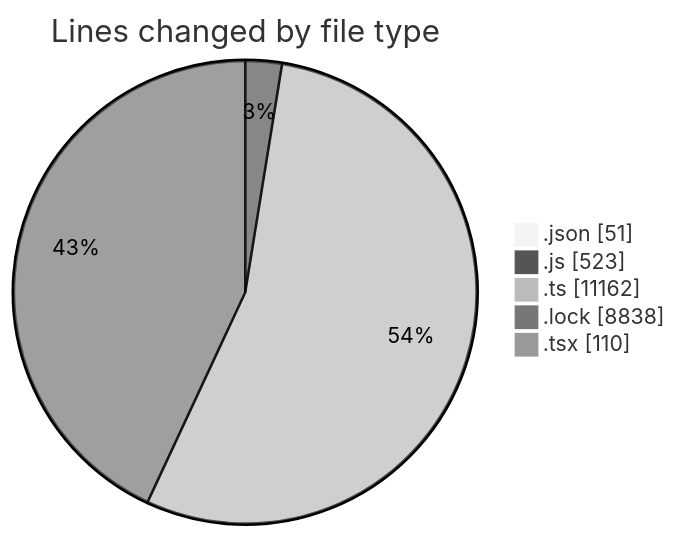
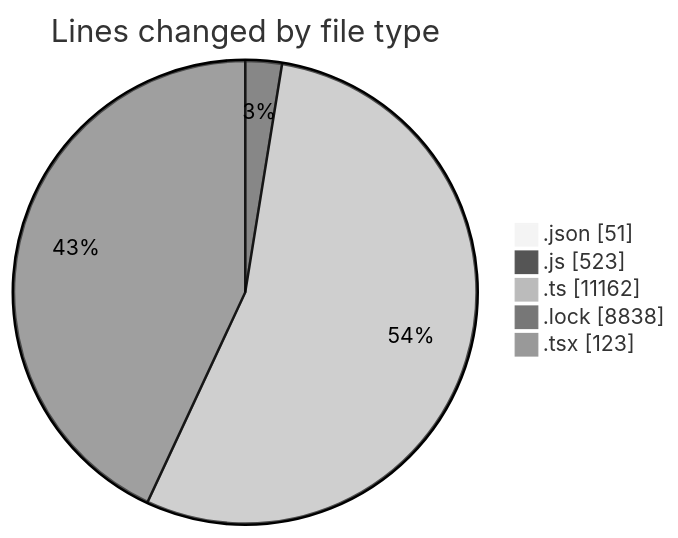
Before and after one commit to momahboobian/code-tracking: the first of 2 diagrams in 2025-10-08/cda/README.md, drawn with Mermaid (neutral theme). The commit also changed other lines of this file and 1 other file, not shown here.

````diff
--- a/2025-10-08/cda/README.md
+++ b/2025-10-08/cda/README.md
@@ -32,9 +32,9 @@
 ```mermaid
 pie showData
 title Lines changed by file type
 ".json" : 51
 ".js" : 523
 ".ts" : 11162
 ".lock" : 8838
-".tsx" : 110
+".tsx" : 123
 ```
````
